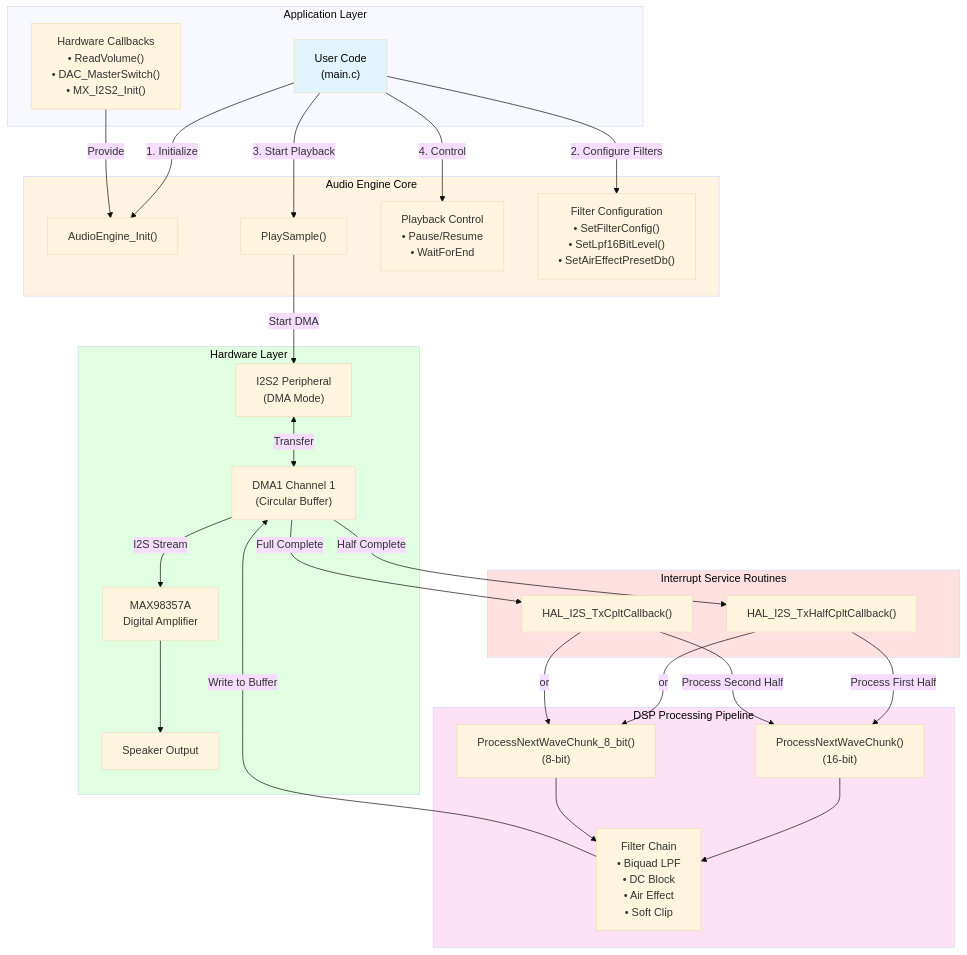
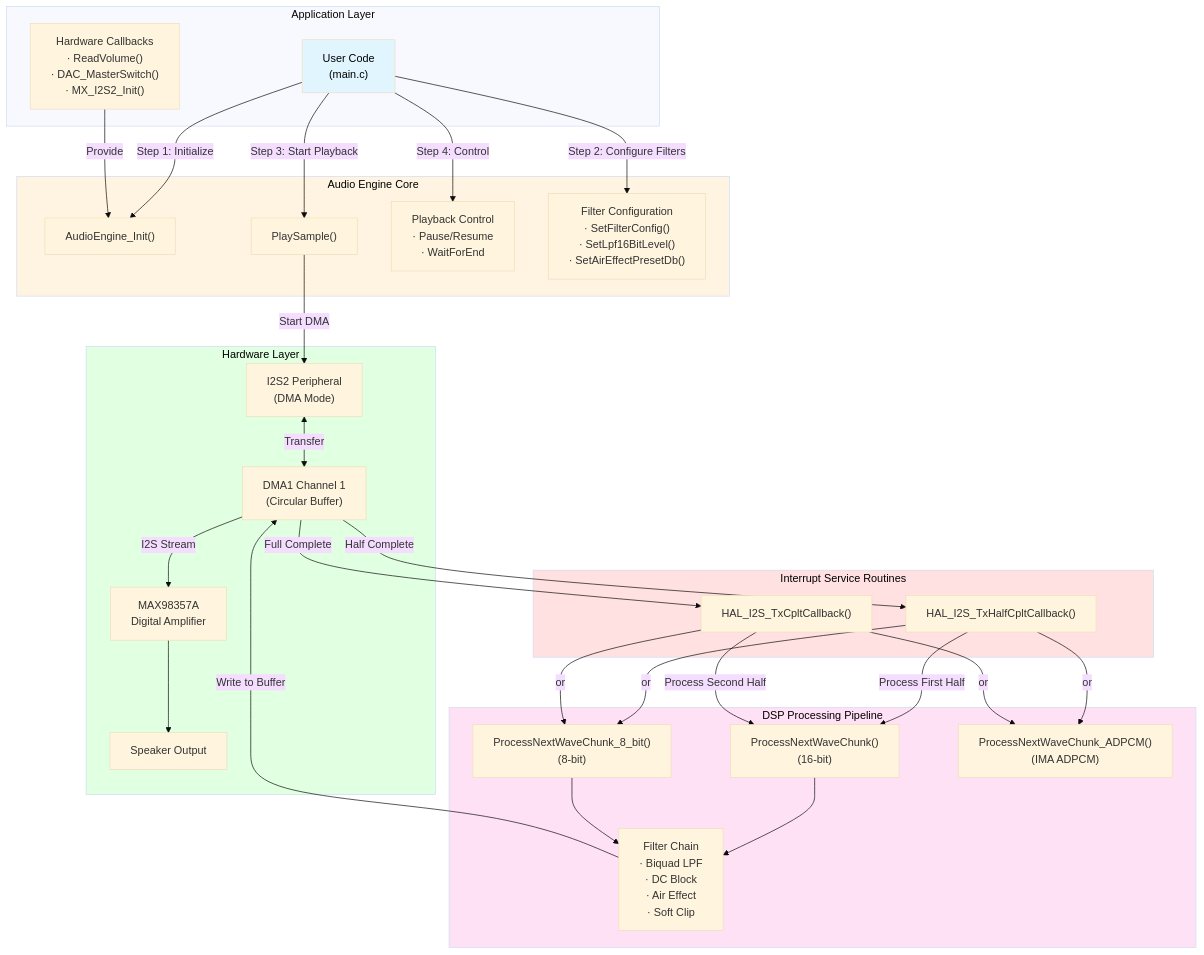
The first of 10 diagrams in Application/CR2-VSCode/Docs/AUDIO_ENGINE_FLOWCHART.md (JennyDigital/Doorchime-CR2-VSCode), drawn with Mermaid (base theme) before and after one commit. The commit also changed other lines of this file and 21 other files, not shown here.

````diff
--- a/Application/CR2-VSCode/Docs/AUDIO_ENGINE_FLOWCHART.md
+++ b/Application/CR2-VSCode/Docs/AUDIO_ENGINE_FLOWCHART.md
@@ -7,62 +7,65 @@
 ```mermaid
 flowchart TB
   subgraph Application["Application Layer"]
     User["User Code<br/>(main.c)"]
-    Callbacks["Hardware Callbacks<br/>• ReadVolume()<br/>• DAC_MasterSwitch()<br/>• MX_I2S2_Init()"]
+    Callbacks["Hardware Callbacks<br/>&middot; ReadVolume()<br/>&middot; DAC_MasterSwitch()<br/>&middot; MX_I2S2_Init()"]
   end
 
   subgraph Engine["Audio Engine Core"]
     Init["AudioEngine_Init()"]
     Play["PlaySample()"]
-    Control["Playback Control<br/>• Pause/Resume<br/>• WaitForEnd"]
-    Config["Filter Configuration<br/>• SetFilterConfig()<br/>• SetLpf16BitLevel()<br/>• SetAirEffectPresetDb()"]
+    Control["Playback Control<br/>&middot; Pause/Resume<br/>&middot; WaitForEnd"]
+    Config["Filter Configuration<br/>&middot; SetFilterConfig()<br/>&middot; SetLpf16BitLevel()<br/>&middot; SetAirEffectPresetDb()"]
   end
 
   subgraph DSP["DSP Processing Pipeline"]
     Process16["ProcessNextWaveChunk()<br/>(16-bit)"]
     Process8["ProcessNextWaveChunk_8_bit()<br/>(8-bit)"]
-    Filters["Filter Chain<br/>• Biquad LPF<br/>• DC Block<br/>• Air Effect<br/>• Soft Clip"]
+    ProcessADPCM["ProcessNextWaveChunk_ADPCM()<br/>(IMA ADPCM)"]
+    Filters["Filter Chain<br/>&middot; Biquad LPF<br/>&middot; DC Block<br/>&middot; Air Effect<br/>&middot; Soft Clip"]
   end
 
   subgraph Hardware["Hardware Layer"]
     I2S["I2S2 Peripheral<br/>(DMA Mode)"]
     DMA["DMA1 Channel 1<br/>(Circular Buffer)"]
     DAC["MAX98357A<br/>Digital Amplifier"]
     Speaker["Speaker Output"]
   end
 
   subgraph ISR["Interrupt Service Routines"]
     HalfCplt["HAL_I2S_TxHalfCpltCallback()"]
     FullCplt["HAL_I2S_TxCpltCallback()"]
   end
 
-  User -->|"1. Initialize"| Init
+  User -->|"Step 1: Initialize"| Init
   Callbacks -->|"Provide"| Init
-  User -->|"2. Configure Filters"| Config
-  User -->|"3. Start Playback"| Play
-  User -->|"4. Control"| Control
+  User -->|"Step 2: Configure Filters"| Config
+  User -->|"Step 3: Start Playback"| Play
+  User -->|"Step 4: Control"| Control
 
   Play -->|"Start DMA"| I2S
   I2S <-->|"Transfer"| DMA
   
   DMA -->|"Half Complete"| HalfCplt
   DMA -->|"Full Complete"| FullCplt
   
   HalfCplt -->|"Process First Half"| Process16
   HalfCplt -->|"or"| Process8
+  HalfCplt -->|"or"| ProcessADPCM
   FullCplt -->|"Process Second Half"| Process16
   FullCplt -->|"or"| Process8
+  FullCplt -->|"or"| ProcessADPCM
   
   Process16 --> Filters
   Process8 --> Filters
   
   Filters -->|"Write to Buffer"| DMA
   DMA -->|"I2S Stream"| DAC
   DAC --> Speaker
 
   style User fill:#e1f5ff,color:#000000
   style Engine fill:#fff4e1,color:#000000
   style DSP fill:#ffe1f5,color:#000000
   style Hardware fill:#e1ffe1,color:#000000
   style ISR fill:#ffe1e1,color:#000000
 ```
````
